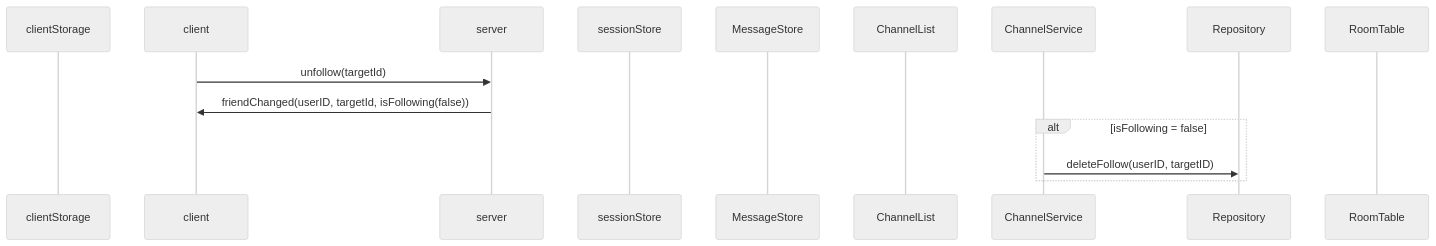
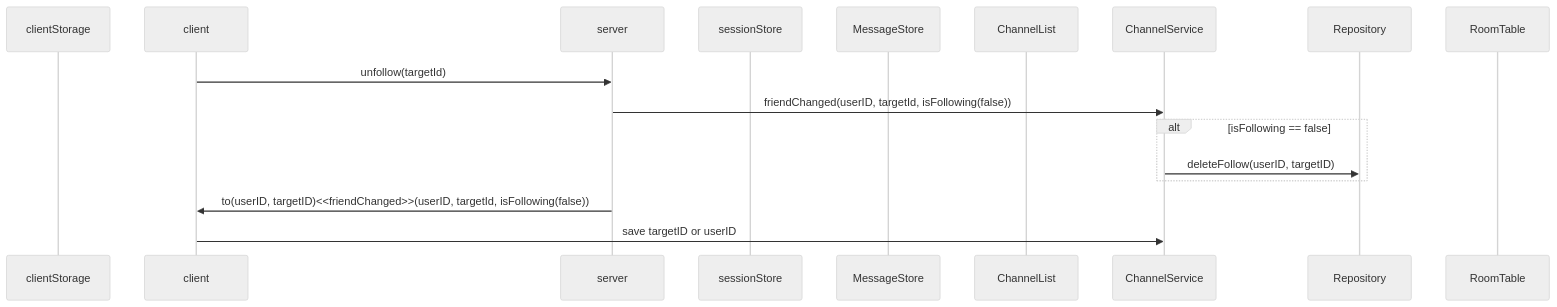
Before and after one commit to mtak0235/simmons_transcendence: the eighth of 19 diagrams in backend/node/app/event.md, drawn with Mermaid (neutral theme). The commit also changed other lines of this file and 2 other files, not shown here.

````diff
--- a/backend/node/app/event.md
+++ b/backend/node/app/event.md
@@ -186,18 +217,20 @@
 ```mermaid
 sequenceDiagram
 participant cls as clientStorage
 participant c as client
 participant ga as server
 participant ss as sessionStore
 participant ms as MessageStore
 participant cns as ChannelList
 participant cs as ChannelService
 participant r as Repository
 participant rt as RoomTable
 
 c->>ga: unfollow(targetId)
-ga->>c: friendChanged(userID, targetId, isFollowing(false))
-alt isFollowing = false
+ga->>cs: friendChanged(userID, targetId, isFollowing(false))
+alt isFollowing == false
 cs->>r: deleteFollow(userID, targetID)
 end
+ga->>c: to(userID, targetID)<<friendChanged>>(userID, targetId, isFollowing(false))
+c->>cs: save targetID or userID
 ```
````
